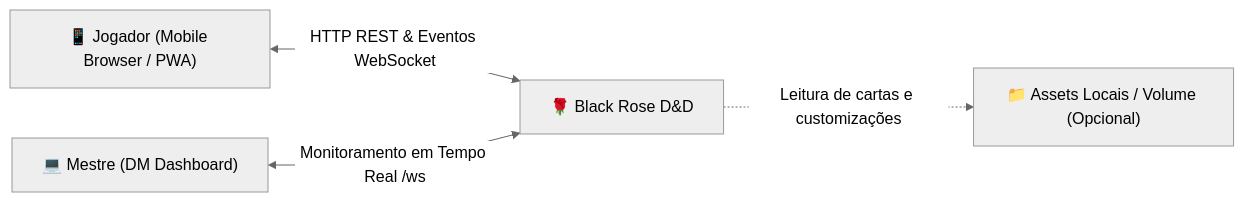
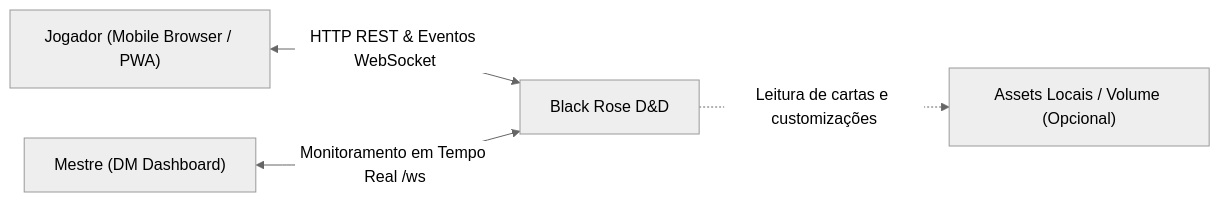
One commit to RaffGPrado/blackrose-dnd changed the first of 3 diagrams in README.md. Above: the diagram before and after it, drawn with Mermaid (neutral theme). The commit also changed other lines of this file and 4 other files, not shown here.

````diff
--- a/README.md
+++ b/README.md
@@ -60,11 +64,11 @@
 ```mermaid
 flowchart LR
-    Player["📱 Jogador (Mobile Browser / PWA)"]
-    DM["💻 Mestre (DM Dashboard)"]
-    System["🌹 Black Rose D&D"]
-    LocalAssets["📁 Assets Locais / Volume (Opcional)"]
+    Player[" Jogador (Mobile Browser / PWA)"]
+    DM[" Mestre (DM Dashboard)"]
+    System[" Black Rose D&D"]
+    LocalAssets[" Assets Locais / Volume (Opcional)"]
 
     Player <-->|HTTP REST & Eventos WebSocket| System
     DM <-->|Monitoramento em Tempo Real /ws| System
     System -.->|Leitura de cartas e customizações| LocalAssets
 ```
````
